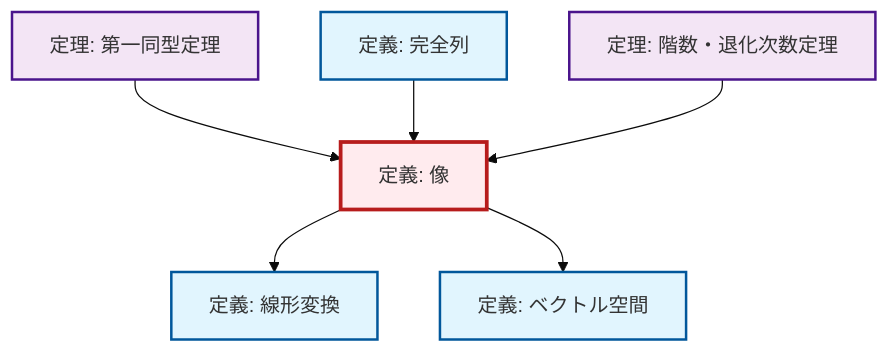
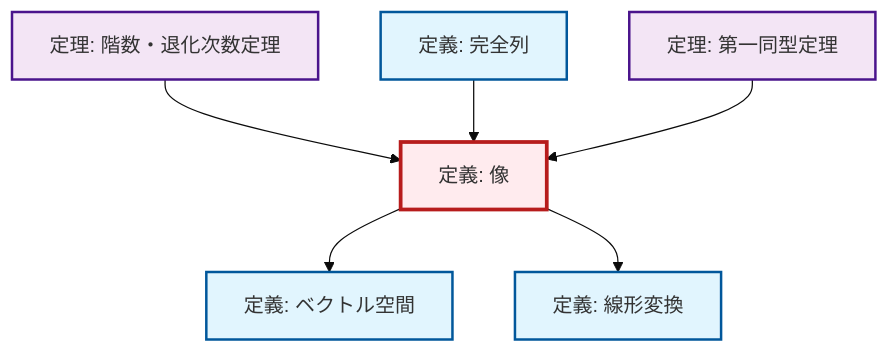
The diagram in content/ja/algebra/def-image.qmd (RK0429/ModernMath), drawn with Mermaid (base theme) before and after one commit. The commit also changed other lines of this file and 328 other files, not shown here.

````diff
--- a/content/ja/algebra/def-image.qmd
+++ b/content/ja/algebra/def-image.qmd
@@ -55,26 +55,26 @@
 ```{mermaid}
 %%| fig-cap: "ローカル依存関係グラフ"
 graph TD
     classDef definition fill:#e1f5fe,stroke:#01579b,stroke-width:2px
     classDef theorem fill:#f3e5f5,stroke:#4a148c,stroke-width:2px
     classDef axiom fill:#fff3e0,stroke:#e65100,stroke-width:2px
     classDef example fill:#e8f5e9,stroke:#1b5e20,stroke-width:2px
     classDef current fill:#ffebee,stroke:#b71c1c,stroke-width:3px
+    def-linear-transformation["定義: 線形変換"]:::definition
+    def-vector-space["定義: ベクトル空間"]:::definition
     thm-rank-nullity["定理: 階数・退化次数定理"]:::theorem
+    thm-first-isomorphism["定理: 第一同型定理"]:::theorem
+    def-image["定義: 像"]:::definition
     def-exact-sequence["定義: 完全列"]:::definition
-    def-linear-transformation["定義: 線形変換"]:::definition
-    thm-first-isomorphism["定理: 第一同型定理"]:::theorem
-    def-vector-space["定義: ベクトル空間"]:::definition
-    def-image["定義: 像"]:::definition
+    def-image --> def-vector-space
+    thm-rank-nullity --> def-image
+    def-exact-sequence --> def-image
     def-image --> def-linear-transformation
     thm-first-isomorphism --> def-image
-    def-image --> def-vector-space
-    def-exact-sequence --> def-image
-    thm-rank-nullity --> def-image
     class def-image current
+    click def-linear-transformation "def-linear-transformation.html" "線形変換の定義へ"
+    click def-vector-space "def-vector-space.html" "ベクトル空間の定義へ"
     click thm-rank-nullity "thm-rank-nullity.html" "階数・退化次数定理の定理へ"
+    click thm-first-isomorphism "thm-first-isomorphism.html" "第一同型定理の定理へ"
     click def-exact-sequence "def-exact-sequence.html" "完全列の定義へ"
-    click def-linear-transformation "def-linear-transformation.html" "線形変換の定義へ"
-    click thm-first-isomorphism "thm-first-isomorphism.html" "第一同型定理の定理へ"
-    click def-vector-space "def-vector-space.html" "ベクトル空間の定義へ"
 ```
````
